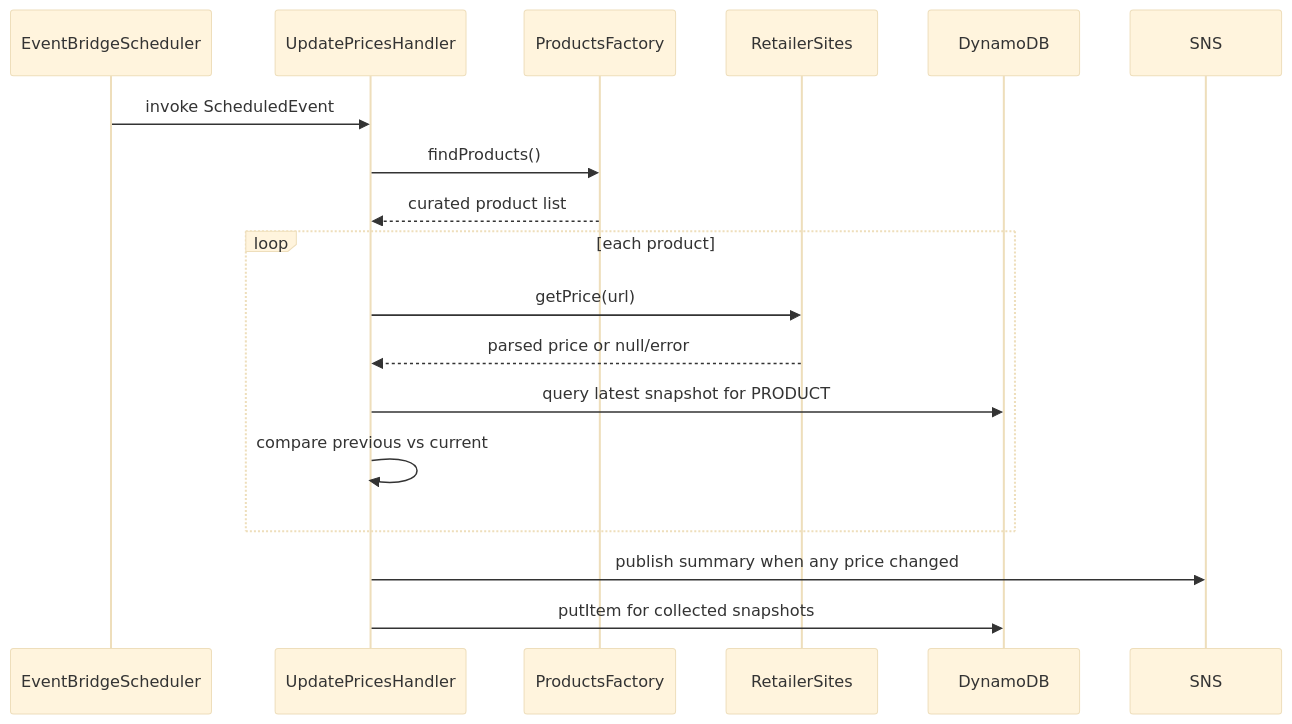
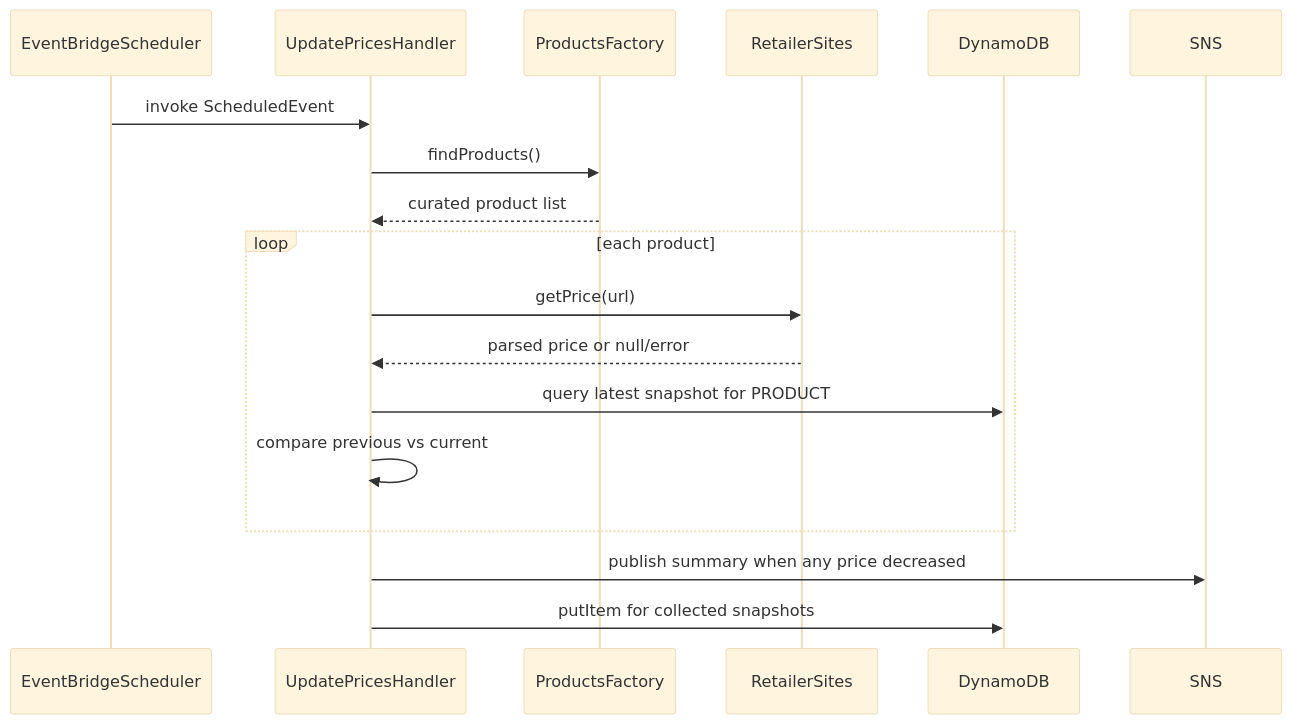
The second of 2 diagrams in price_tracker_api/README.md (jordansimsmith/jordansimsmith-com), drawn with Mermaid (base theme) before and after one commit. The commit also changed other lines of this file and 3 other files, not shown here.

````diff
--- a/price_tracker_api/README.md
+++ b/price_tracker_api/README.md
@@ -62,21 +62,21 @@
 ```mermaid
 sequenceDiagram
   participant scheduler as EventBridgeScheduler
   participant handler as UpdatePricesHandler
   participant catalog as ProductsFactory
   participant retailers as RetailerSites
   participant table as DynamoDB
   participant sns as SNS
 
   scheduler->>handler: invoke ScheduledEvent
   handler->>catalog: findProducts()
   catalog-->>handler: curated product list
   loop each product
     handler->>retailers: getPrice(url)
     retailers-->>handler: parsed price or null/error
     handler->>table: query latest snapshot for PRODUCT#url
     handler->>handler: compare previous vs current
   end
-  handler->>sns: publish summary when any price changed
+  handler->>sns: publish summary when any price decreased
   handler->>table: putItem for collected snapshots
 ```
````
